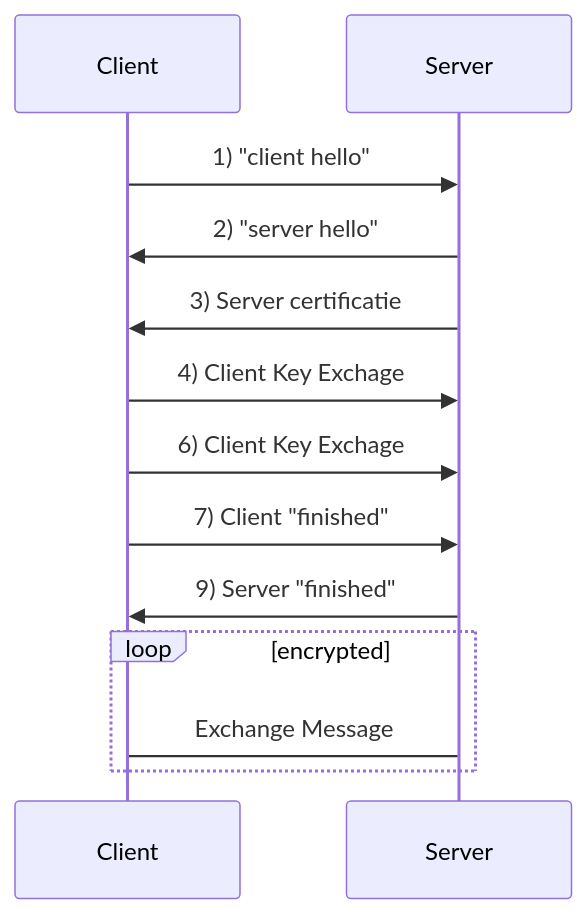
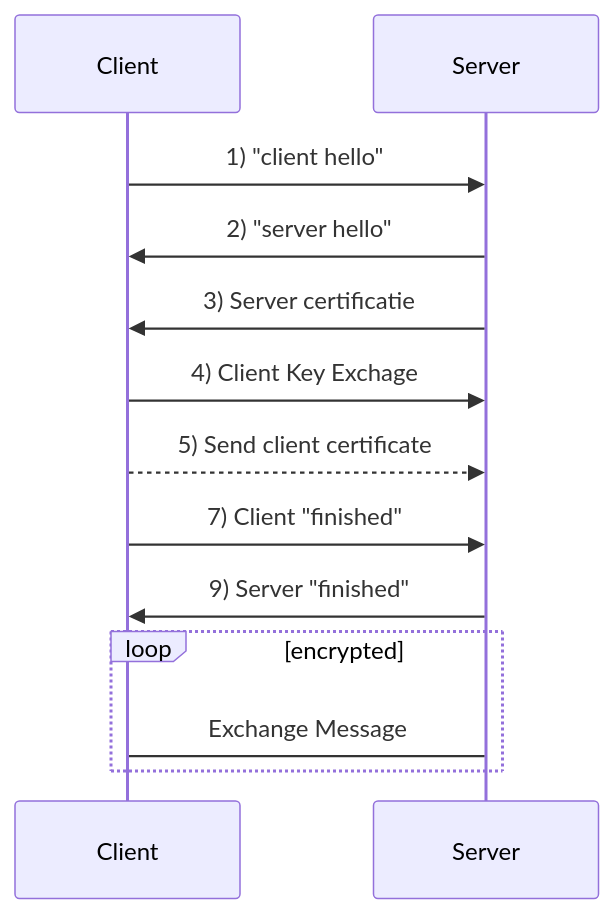
Before and after one commit to 1sonjm/1sonjm.github.io: the diagram in _posts/develop/etc/2019-02-12-TLS.md, drawn with Mermaid. The commit also changed other lines of this file, not shown here.

````diff
--- a/_posts/develop/etc/2019-02-12-TLS.md
+++ b/_posts/develop/etc/2019-02-12-TLS.md
@@ -13,13 +13,13 @@
 ```mermaid
 sequenceDiagram
     Client->>Server: 1) "client hello"
     Server->>Client: 2) "server hello"
     Server->>Client: 3) Server certificatie
     Client->>Server: 4) Client Key Exchage
-    Client->>Server: 6) Client Key Exchage
+    Client-->>Server: 5) Send client certificate
     Client->>Server: 7) Client "finished"
     Server->>Client: 9) Server "finished"
     loop encrypted
     Server->Client: Exchange Message
     end
 ```
````
